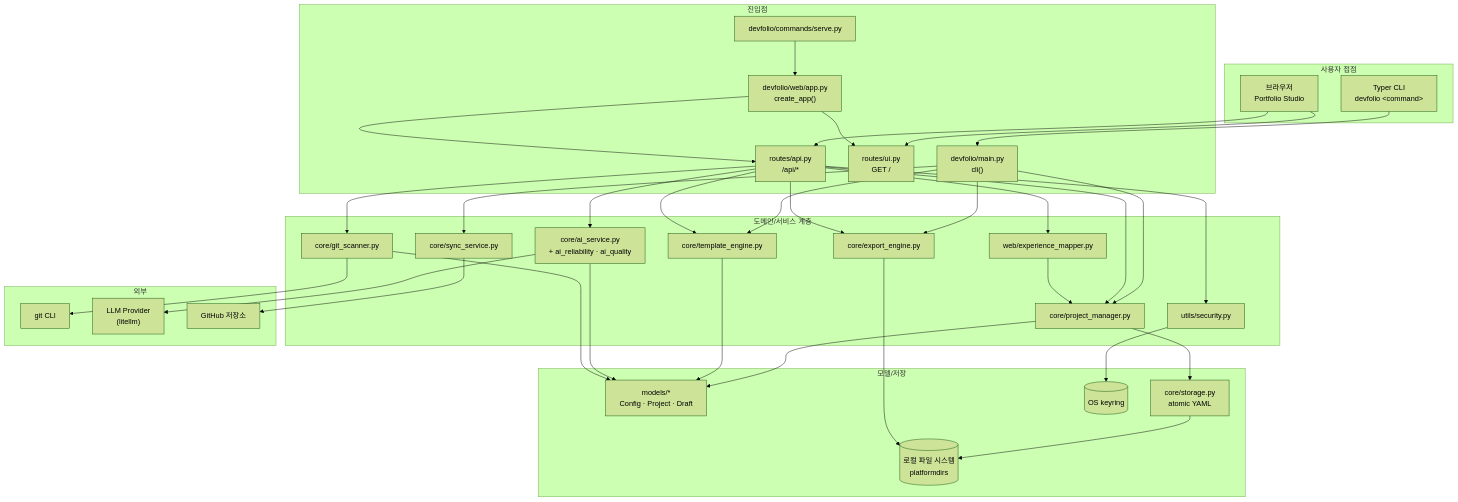
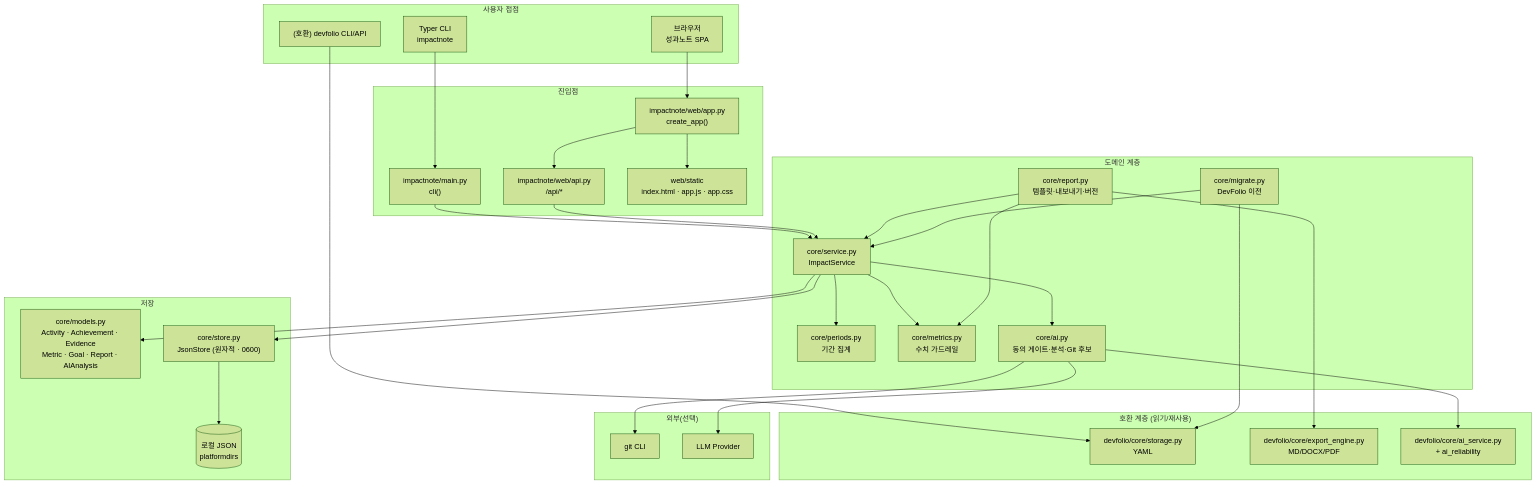
One commit to Lee-Kyuhwun/DevFolio changed the diagram in docs/04-architecture.md. Above: the diagram before and after it, drawn with Mermaid (forest theme). The commit also changed other lines of this file and 14 other files, not shown here.

````diff
--- a/docs/04-architecture.md
+++ b/docs/04-architecture.md
@@ -11,62 +9,61 @@
 ```mermaid
 flowchart TB
     subgraph Clients["사용자 접점"]
-        CLI["Typer CLI<br/>devfolio &lt;command&gt;"]
-        WEB["브라우저<br/>Portfolio Studio"]
+        CLI["Typer CLI<br/>impactnote"]
+        WEB["브라우저<br/>성과노트 SPA"]
+        LEGACY["(호환) devfolio CLI/API"]
     end
 
     subgraph Entry["진입점"]
-        MAIN["devfolio/main.py<br/>cli()"]
-        SERVE["devfolio/commands/serve.py"]
-        APPF["devfolio/web/app.py<br/>create_app()"]
-        UI["routes/ui.py<br/>GET /"]
-        API["routes/api.py<br/>/api/*"]
+        MAIN["impactnote/main.py<br/>cli()"]
+        APP["impactnote/web/app.py<br/>create_app()"]
+        API["impactnote/web/api.py<br/>/api/*"]
+        STATIC["web/static<br/>index.html · app.js · app.css"]
     end
 
-    subgraph Domain["도메인/서비스 계층"]
-        PM["core/project_manager.py"]
-        TE["core/template_engine.py"]
-        EE["core/export_engine.py"]
-        GS["core/git_scanner.py"]
-        AIS["core/ai_service.py<br/>+ ai_reliability · ai_quality"]
-        SY["core/sync_service.py"]
-        MAP["web/experience_mapper.py"]
-        SEC["utils/security.py"]
+    subgraph Domain["도메인 계층"]
+        SVC["core/service.py<br/>ImpactService"]
+        PER["core/periods.py<br/>기간 집계"]
+        MET["core/metrics.py<br/>수치 가드레일"]
+        REP["core/report.py<br/>템플릿·내보내기·버전"]
+        AI["core/ai.py<br/>동의 게이트·분석·Git 후보"]
+        MIG["core/migrate.py<br/>DevFolio 이전"]
     end
 
-    subgraph Data["모델/저장"]
-        MODELS["models/*<br/>Config · Project · Draft"]
-        ST["core/storage.py<br/>atomic YAML"]
-        FS[("로컬 파일 시스템<br/>platformdirs")]
-        KR[("OS keyring")]
+    subgraph Store["저장"]
+        MODELS["core/models.py<br/>Activity · Achievement · Evidence<br/>Metric · Goal · Report · AIAnalysis"]
+        JSON["core/store.py<br/>JsonStore (원자적 · 0600)"]
+        FS[("로컬 JSON<br/>platformdirs")]
     end
 
-    subgraph External["외부"]
+    subgraph Legacy["호환 계층 (읽기/재사용)"]
+        LSTOR["devfolio/core/storage.py<br/>YAML"]
+        LEXP["devfolio/core/export_engine.py<br/>MD/DOCX/PDF"]
+        LAI["devfolio/core/ai_service.py<br/>+ ai_reliability"]
+    end
+
+    subgraph External["외부(선택)"]
         GIT["git CLI"]
-        LLM["LLM Provider<br/>(litellm)"]
-        GH["GitHub 저장소"]
+        LLM["LLM Provider"]
     end
 
     CLI --> MAIN
-    WEB --> UI
-    WEB --> API
-    MAIN --> PM
-    MAIN --> TE
-    MAIN --> EE
-    SERVE --> APPF --> UI
-    APPF --> API
-    API --> PM
-    API --> MAP --> PM
-    API --> GS --> GIT
-    API --> AIS --> LLM
-    API --> TE
-    API --> EE
-    API --> SEC --> KR
-    MAIN --> SY --> GH
-    PM --> MODELS
-    PM --> ST --> FS
-    TE --> MODELS
-    EE --> FS
-    AIS --> MODELS
-    GS --> MODELS
+    WEB --> APP --> API
+    APP --> STATIC
+    LEGACY --> LSTOR
+    MAIN --> SVC
+    API --> SVC
+    SVC --> PER
+    SVC --> MET
+    SVC --> AI
+    REP --> SVC
+    REP --> MET
+    AI --> LAI
+    AI --> LLM
+    REP --> LEXP
+    MIG --> LSTOR
+    MIG --> SVC
+    AI --> GIT
+    SVC --> JSON --> FS
+    SVC --> MODELS
 ```
````
